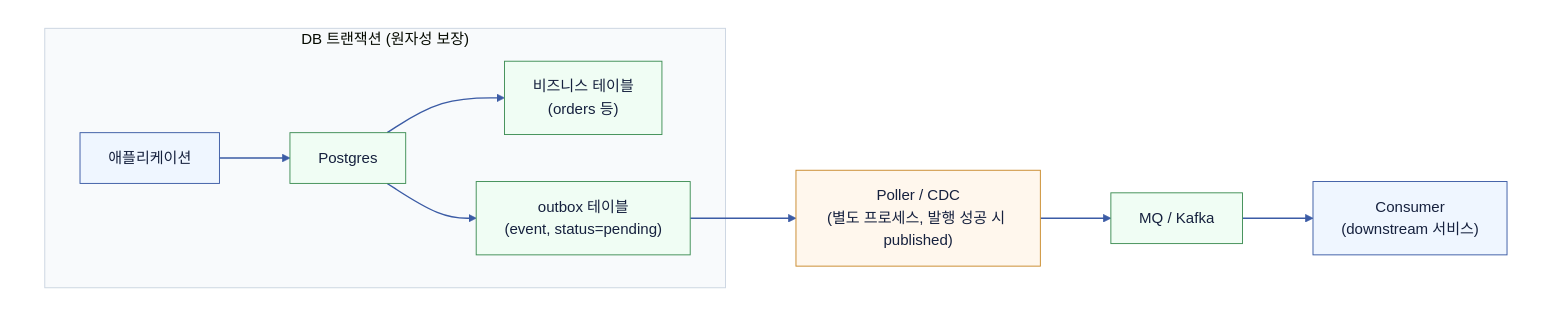
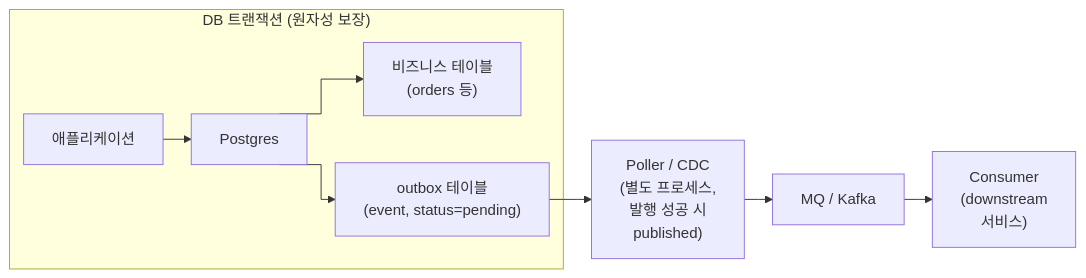
The seventh of 8 diagrams in computer-science/2607-message-queue.md (Hyune-s-lab/my-ai-study), drawn with Mermaid before and after one commit. The commit also changed other lines of this file and 49 other files, not shown here.

Commit message:
docs: 단순 다이어그램은 Mermaid로, 복잡한 배치는 SVG로 정리

````diff
--- a/computer-science/2607-message-queue.md
+++ b/computer-science/2607-message-queue.md
@@ -422,33 +378,19 @@
 ```mermaid
 flowchart LR
-%%{init: {"theme": "base", "darkMode": false, "themeVariables": {"background": "#ffffff", "primaryColor": "#EFF6FF", "primaryTextColor": "#16213E", "primaryBorderColor": "#3B5BA5", "secondaryColor": "#F0FDF4", "tertiaryColor": "#FAF5FF", "lineColor": "#3B5BA5", "textColor": "#16213E", "edgeLabelBackground": "#ffffff", "clusterBkg": "#F8FAFC", "clusterBorder": "#CBD5E1"}}}%%
-  subgraph canvas[" "]
-    direction LR
-    subgraph tx["DB 트랜잭션 (원자성 보장)"]
-      app["애플리케이션"]
-      pg["Postgres"]
-      bizTable["비즈니스 테이블<br/>(orders 등)"]
-      outboxTable["outbox 테이블<br/>(event, status=pending)"]
-      app --> pg
-      pg --> bizTable
-      pg --> outboxTable
-    end
-  
-    poller["Poller / CDC<br/>(별도 프로세스, 발행 성공 시 published)"]
-    broker["MQ / Kafka"]
-    downstream["Consumer<br/>(downstream 서비스)"]
-  
-    outboxTable --> poller
-    poller --> broker
-    broker --> downstream
+%%{init: {"flowchart": {"curve": "stepAfter", "wrappingWidth": 400, "rankSpacing": 30}}}%%
+  n_poller["Poller / CDC<br/>(별도 프로세스,<br/>발행 성공 시<br/>published)"]
+  n_broker["MQ / Kafka"]
+  n_downstream["Consumer<br/>(downstream<br/>서비스)"]
+  subgraph g_tx["DB 트랜잭션 (원자성 보장)"]
+    n_app["애플리케이션"]
+    n_pg["Postgres"]
+    n_bizTable["비즈니스 테이블<br/>(orders 등)"]
+    n_outboxTable["outbox 테이블<br/>(event, status=pending)"]
   end
-  style canvas fill:#ffffff,stroke:#ffffff,color:#111827
-  linkStyle default stroke:#3B5BA5,stroke-width:1.5px
-  classDef app fill:#EFF6FF,stroke:#3B5BA5,stroke-width:1px,color:#16213E
-  class app,downstream app
-  classDef db fill:#F0FDF4,stroke:#3F8E55,stroke-width:1px,color:#16213E
-  class pg,bizTable,outboxTable,broker db
-  classDef policy fill:#FAF5FF,stroke:#A855F7,stroke-width:1px,color:#16213E
-  classDef worker fill:#FFF7ED,stroke:#C98A2B,stroke-width:1px,color:#16213E
-  class poller worker
+  n_app --> n_pg
+  n_pg --> n_bizTable
+  n_pg --> n_outboxTable
+  n_outboxTable --> n_poller
+  n_poller --> n_broker
+  n_broker --> n_downstream
 ```
````
